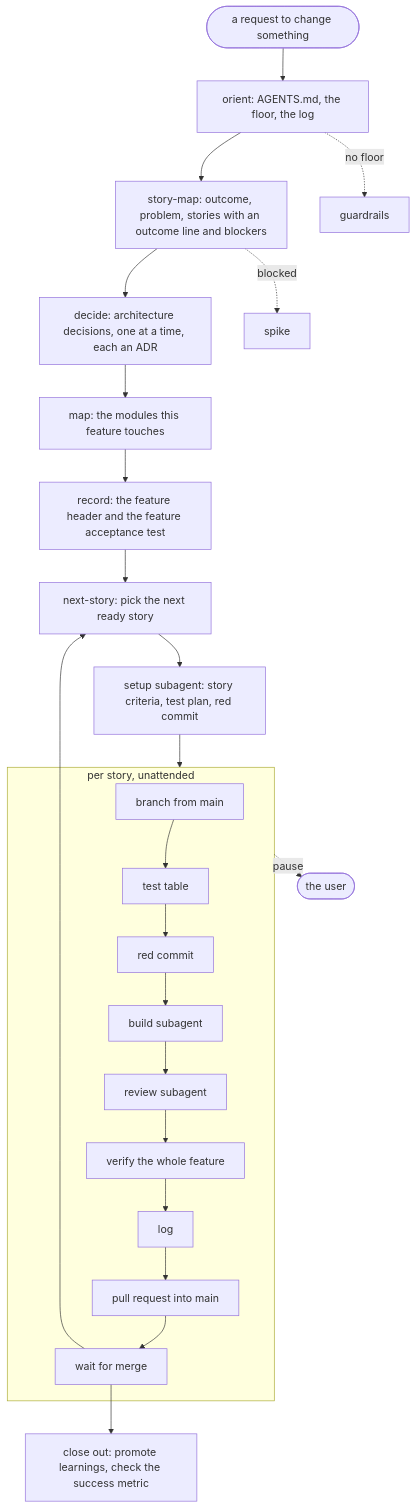
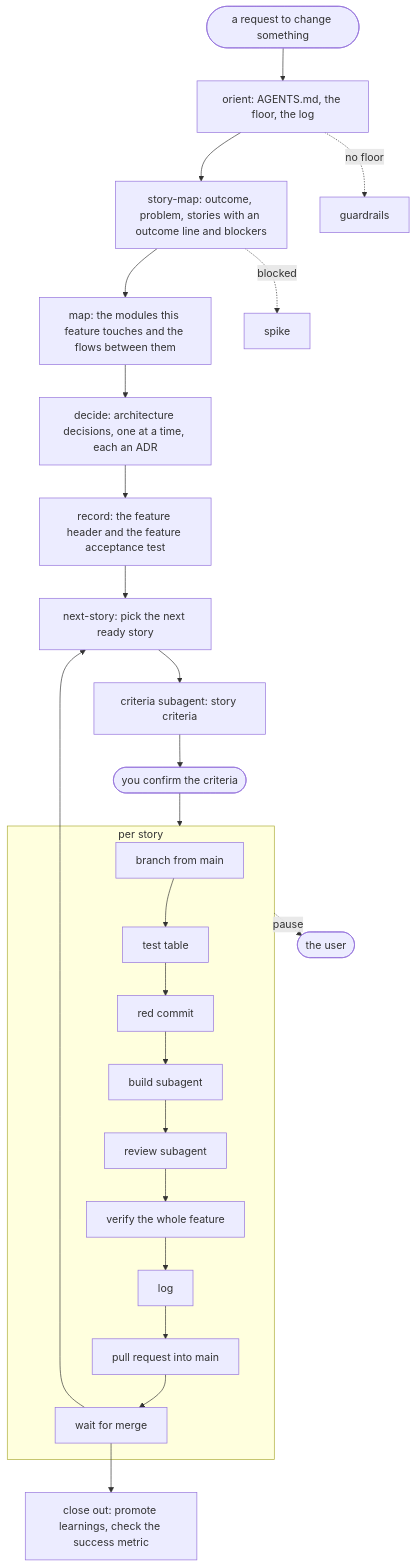
Before and after one commit to DaveBben/skills: the diagram in plugins/SDLC/README.md, drawn with Mermaid. The commit also changed other lines of this file and 8 other files, not shown here.

First line of the commit message:
SDLC 6.0.0: deliver pauses for criteria, asks questions as they arise, maps flows

````diff
--- a/plugins/SDLC/README.md
+++ b/plugins/SDLC/README.md
@@ -47,22 +47,23 @@
 ```mermaid
 flowchart TD
     REQ([a request to change something]) --> OR[orient: AGENTS.md, the floor, the log]
     OR --> FR[story-map: outcome, problem, stories with an outcome line and blockers]
-    FR --> DEC[decide: architecture decisions, one at a time, each an ADR]
-    DEC --> MAP[map: the modules this feature touches]
-    MAP --> REC[record: the feature header and the feature acceptance test]
+    FR --> MAP[map: the modules this feature touches and the flows between them]
+    MAP --> DEC[decide: architecture decisions, one at a time, each an ADR]
+    DEC --> REC[record: the feature header and the feature acceptance test]
     REC --> NX[next-story: pick the next ready story]
-    NX --> CR[setup subagent: story criteria, test plan, red commit]
-    CR --> SL
+    NX --> CR[criteria subagent: story criteria]
+    CR --> OK([you confirm the criteria])
+    OK --> SL
 
-    subgraph SL [per story, unattended]
+    subgraph SL [per story]
       BR[branch from main] --> TT[test table] --> RED[red commit] --> BLD[build subagent] --> REV[review subagent] --> VER[verify the whole feature] --> LOG[log] --> PR[pull request into main] --> MRG[wait for merge]
     end
 
     MRG --> NX
     MRG --> OUT[close out: promote learnings, check the success metric]
 
     SL -. pause .-> USER([the user])
     FR -. blocked .-> SPIKE[spike]
     OR -. no floor .-> HARN[guardrails]
 ```
````
